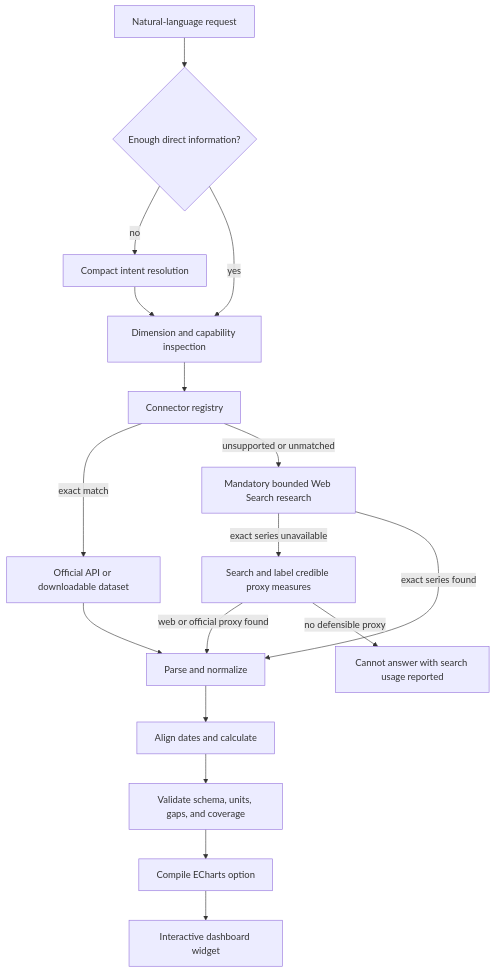
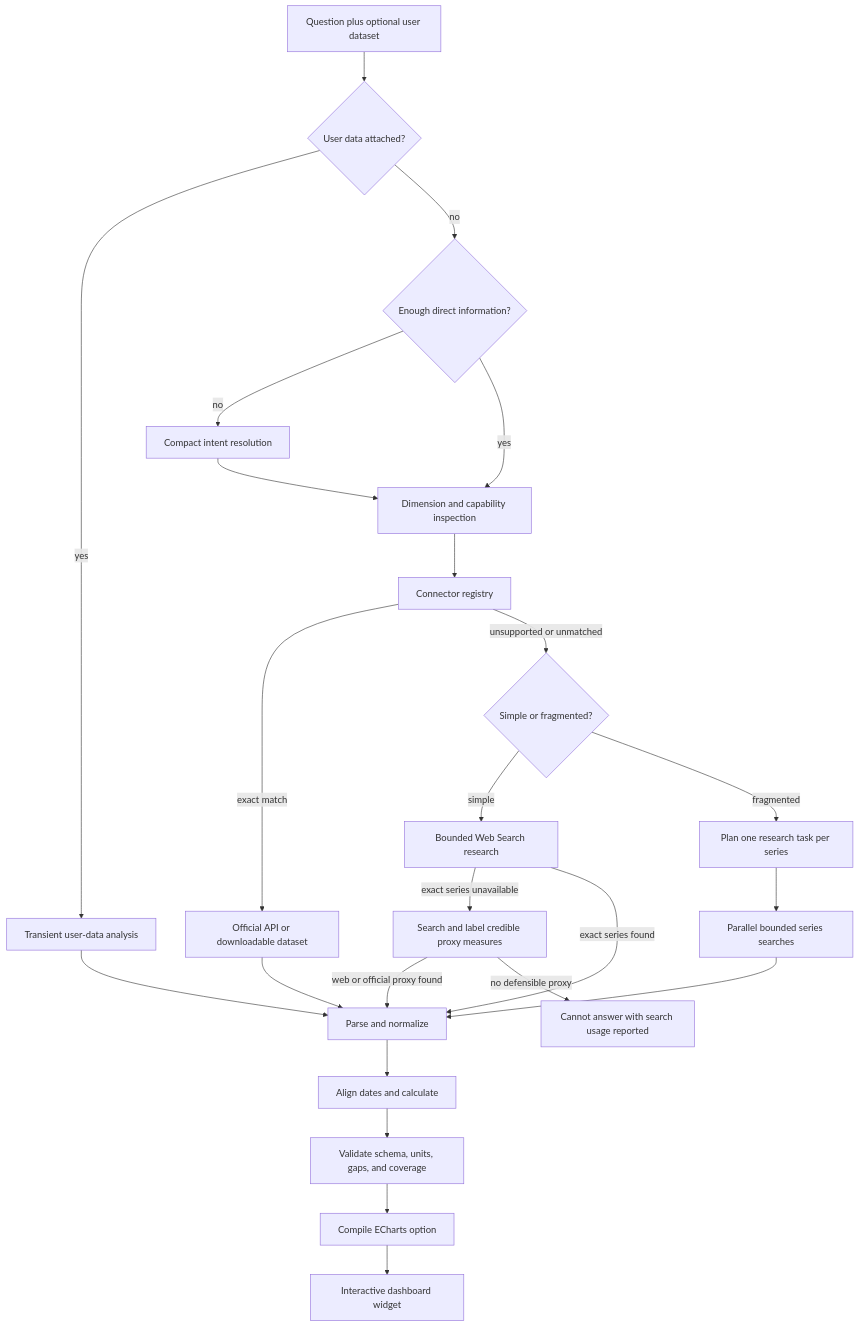
One commit to weifanwu/polaris changed the diagram in docs/ARCHITECTURE.md. Above: the diagram before and after it, drawn with Mermaid. The commit also changed other lines of this file and 11 other files, not shown here.

````diff
--- a/docs/ARCHITECTURE.md
+++ b/docs/ARCHITECTURE.md
@@ -7,19 +7,26 @@
 ```mermaid
 flowchart TD
-    A["Natural-language request"] --> B{"Enough direct information?"}
+    A["Question plus optional user dataset"] --> U{"User data attached?"}
+    U -->|"yes"| UA["Transient user-data analysis"]
+    U -->|"no"| B{"Enough direct information?"}
     B -->|"no"| C["Compact intent resolution"]
     B -->|"yes"| X["Dimension and capability inspection"]
     C --> X
     X --> D["Connector registry"]
     D -->|"exact match"| E["Official API or downloadable dataset"]
-    D -->|"unsupported or unmatched"| F["Mandatory bounded Web Search research"]
+    D -->|"unsupported or unmatched"| R{"Simple or fragmented?"}
+    R -->|"simple"| F["Bounded Web Search research"]
+    R -->|"fragmented"| RP["Plan one research task per series"]
+    RP --> RS["Parallel bounded series searches"]
+    RS --> G
     F -->|"exact series unavailable"| P["Search and label credible proxy measures"]
     P -->|"web or official proxy found"| G
     P -->|"no defensible proxy"| Q["Cannot answer with search usage reported"]
-    E --> G["Parse and normalize"]
+    UA --> G["Parse and normalize"]
+    E --> G
     F -->|"exact series found"| G
     G --> H["Align dates and calculate"]
     H --> I["Validate schema, units, gaps, and coverage"]
     I --> J["Compile ECharts option"]
     J --> K["Interactive dashboard widget"]
 ```
````
